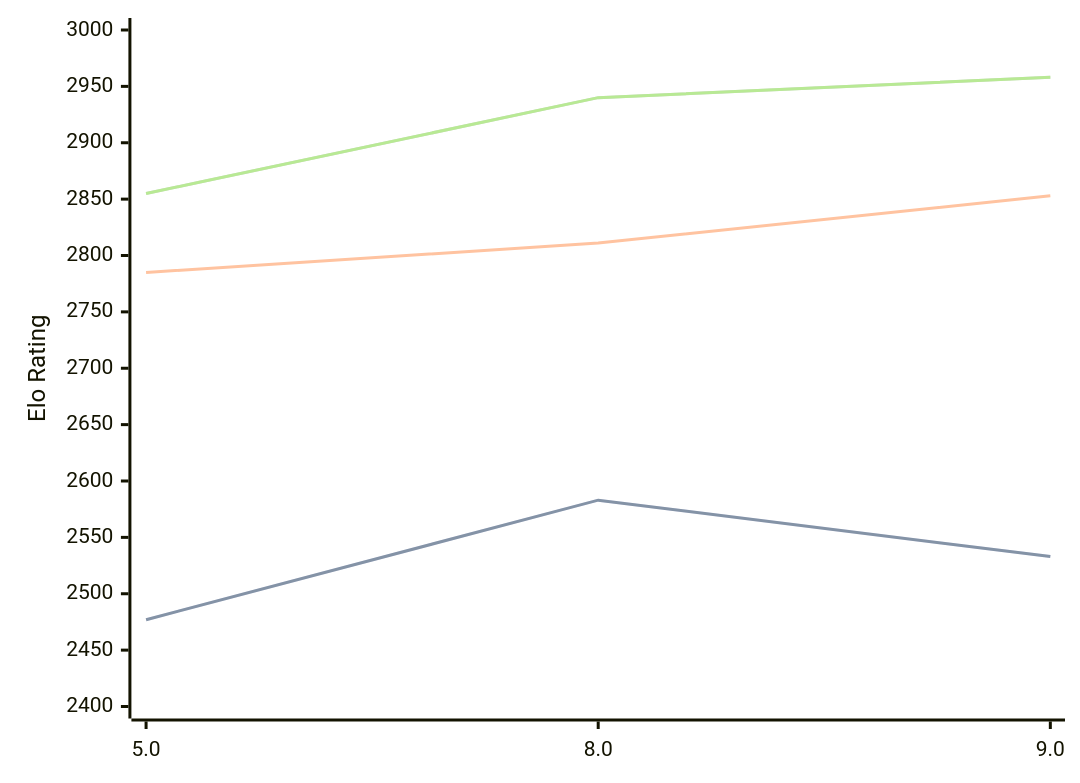
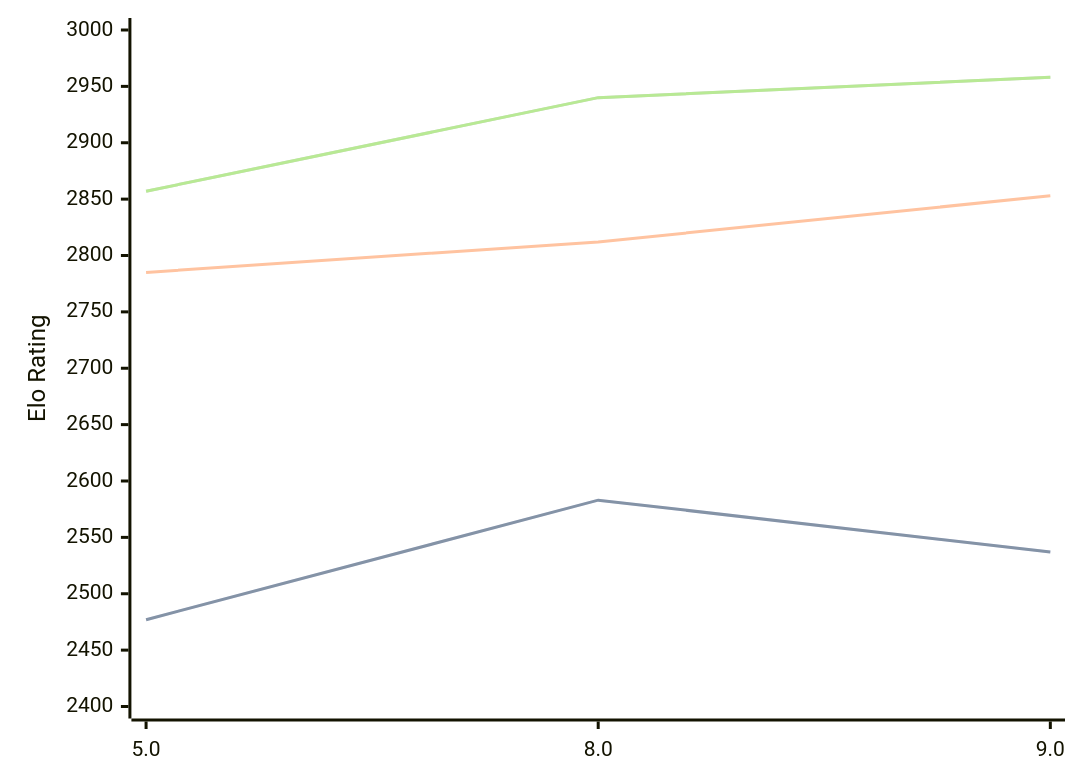
The diagram in engines/4kc.md (computer-chess-index/cci), drawn with Mermaid before and after one commit. The commit also changed other lines of this file, not shown here.

Commit message:
Update CCI Ratings (ELO VLTC) - 2026-08-23

````diff
--- a/engines/4kc.md
+++ b/engines/4kc.md
@@ -33,11 +33,11 @@
 ```mermaid
 %%{init: {"theme":"base","themeVariables":{"seriesColors:['#a3a3a3','#222221','#faa371']}}}%%
 xychart-beta
   x-axis ["5.0", "8.0", "9.0"]
   y-axis "Elo Rating" 2400 --> 3000
-  line "STC (8.0+0.08s)" [2477, 2583, 2533]
-  line "STC (8.0+0.08s)" [2477, 2583, 2533]
-  line "LTC (60.0+0.60s)" [2785, 2811, 2853]
-  line "VLTC (2m24s+1.12s)" [2855, 2940, 2958]
-  line "VLTC (2m24s+1.12s)" [2855, 2940, 2958]
+  line "STC (8.0+0.08s)" [2477, 2583, 2537]
+  line "STC (8.0+0.08s)" [2477, 2583, 2537]
+  line "LTC (60.0+0.60s)" [2785, 2812, 2853]
+  line "VLTC (2m24s+1.12s)" [2857, 2940, 2958]
+  line "VLTC (2m24s+1.12s)" [2857, 2940, 2958]
 ```
````
